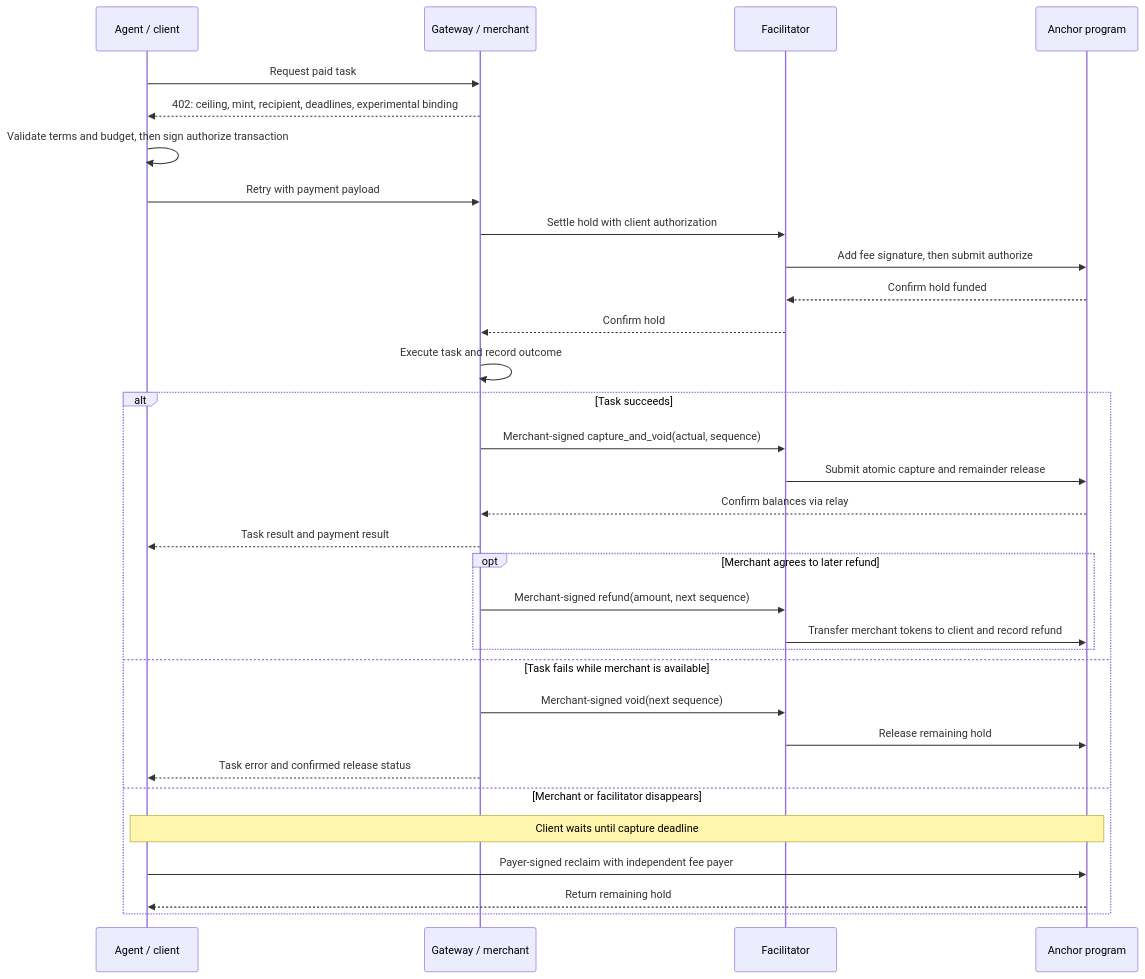
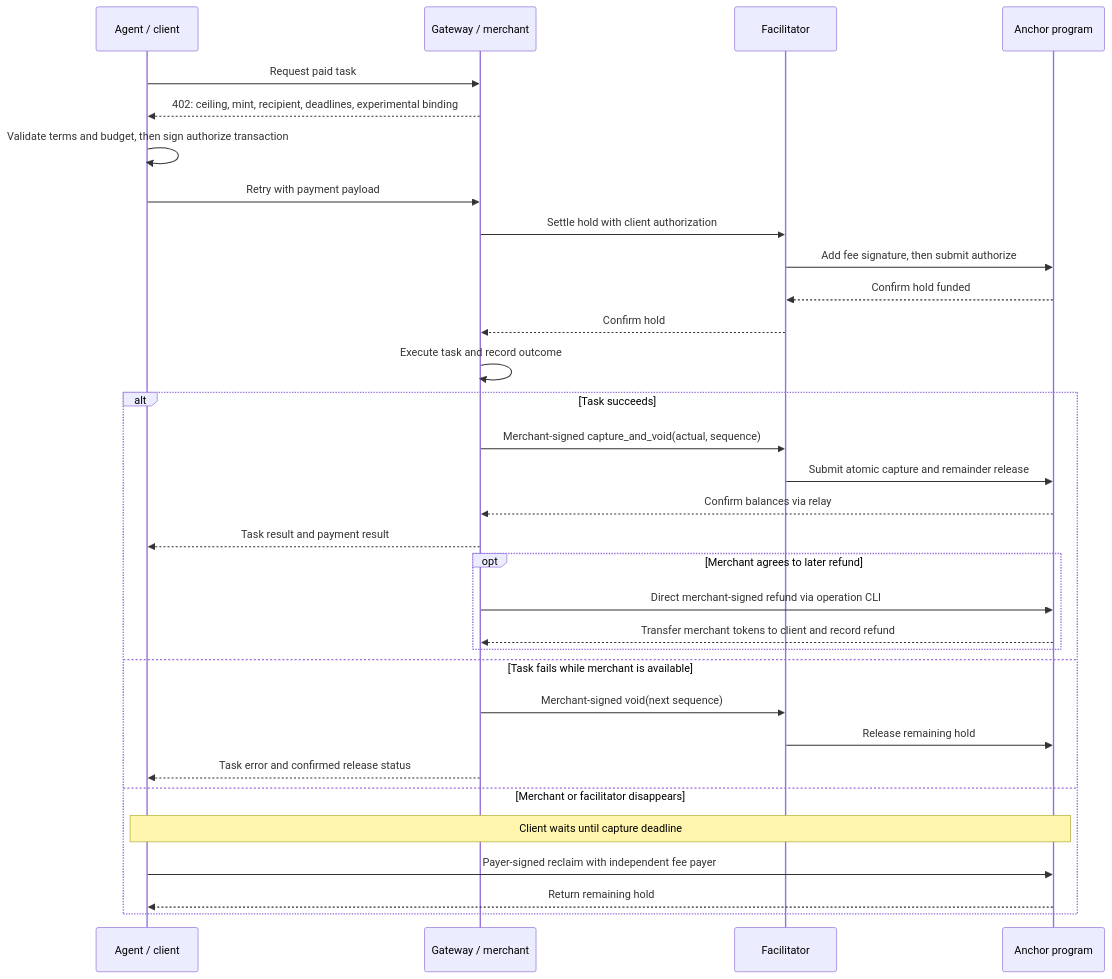
Before and after one commit to init-ikuya/x402-solana-demo: the second of 3 diagrams in docs/topics/auth-capture/ARCHITECTURE.md, drawn with Mermaid. The commit also changed other lines of this file and 18 other files, not shown here.

Commit message:
Document auth-capture Demo Day flow and batch scope

````diff
--- a/docs/topics/auth-capture/ARCHITECTURE.md
+++ b/docs/topics/auth-capture/ARCHITECTURE.md
@@ -87,34 +99,34 @@
 ```mermaid
 sequenceDiagram
     participant A as Agent / client
     participant G as Gateway / merchant
     participant F as Facilitator
     participant P as Anchor program
     A->>G: Request paid task
     G-->>A: 402: ceiling, mint, recipient, deadlines, experimental binding
     A->>A: Validate terms and budget, then sign authorize transaction
     A->>G: Retry with payment payload
     G->>F: Settle hold with client authorization
     F->>P: Add fee signature, then submit authorize
     P-->>F: Confirm hold funded
     F-->>G: Confirm hold
     G->>G: Execute task and record outcome
     alt Task succeeds
         G->>F: Merchant-signed capture_and_void(actual, sequence)
         F->>P: Submit atomic capture and remainder release
         P-->>G: Confirm balances via relay
         G-->>A: Task result and payment result
         opt Merchant agrees to later refund
-            G->>F: Merchant-signed refund(amount, next sequence)
-            F->>P: Transfer merchant tokens to client and record refund
+            G->>P: Direct merchant-signed refund via operation CLI
+            P-->>G: Transfer merchant tokens to client and record refund
         end
     else Task fails while merchant is available
         G->>F: Merchant-signed void(next sequence)
         F->>P: Release remaining hold
         G-->>A: Task error and confirmed release status
     else Merchant or facilitator disappears
         Note over A,P: Client waits until capture deadline
         A->>P: Payer-signed reclaim with independent fee payer
         P-->>A: Return remaining hold
     end
 ```
````
